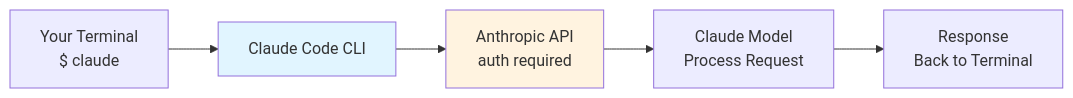
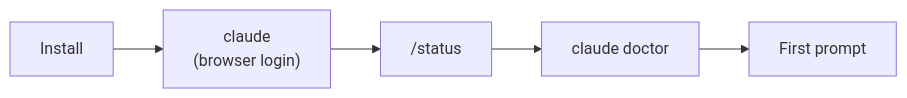
Before and after one commit to ShipWithAI/claude-code-mastery: the diagram in src/content/docs/en/claude-code/phase-01-foundation/01-installation.md, drawn with Mermaid. The commit also changed other lines of this file and 1 other file, not shown here.

First line of the commit message:
rewrite(1.1): native installer, auth paths, doctor (audit W2-1)

````diff
--- a/src/content/docs/en/claude-code/phase-01-foundation/01-installation.md
+++ b/src/content/docs/en/claude-code/phase-01-foundation/01-installation.md
@@ -44,6 +48,4 @@
 ```mermaid
 graph LR
-    A["Your Terminal<br/>$ claude"] --> B["Claude Code CLI"] --> C["Anthropic API<br/>auth required"] --> D["Claude Model<br/>Process Request"] --> E["Response<br/>Back to Terminal"]
-    style B fill:#e1f5ff
-    style C fill:#fff3e0
+    A[Install] --> B["claude<br/>(browser login)"] --> C["/status"] --> D["claude doctor"] --> E[First prompt]
 ```
````
